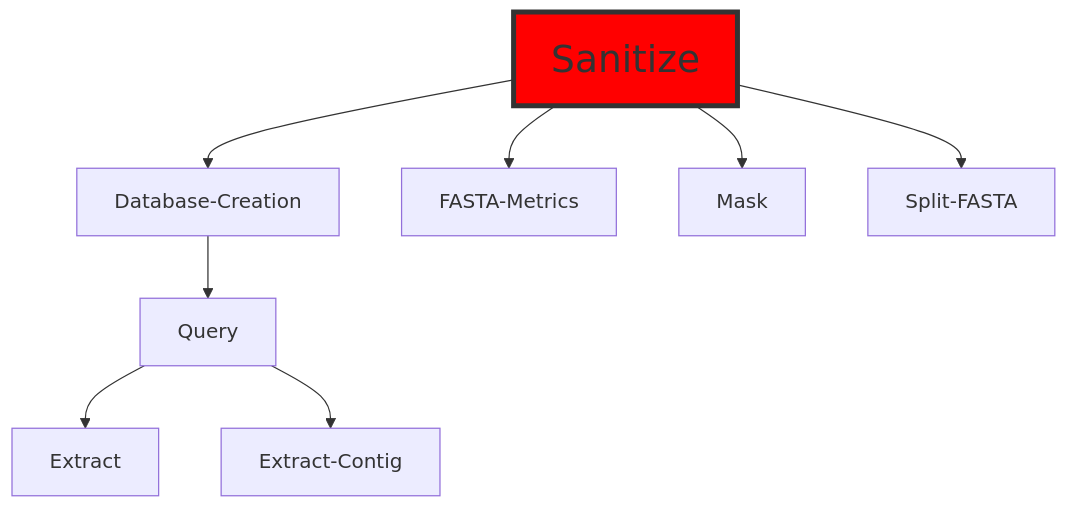
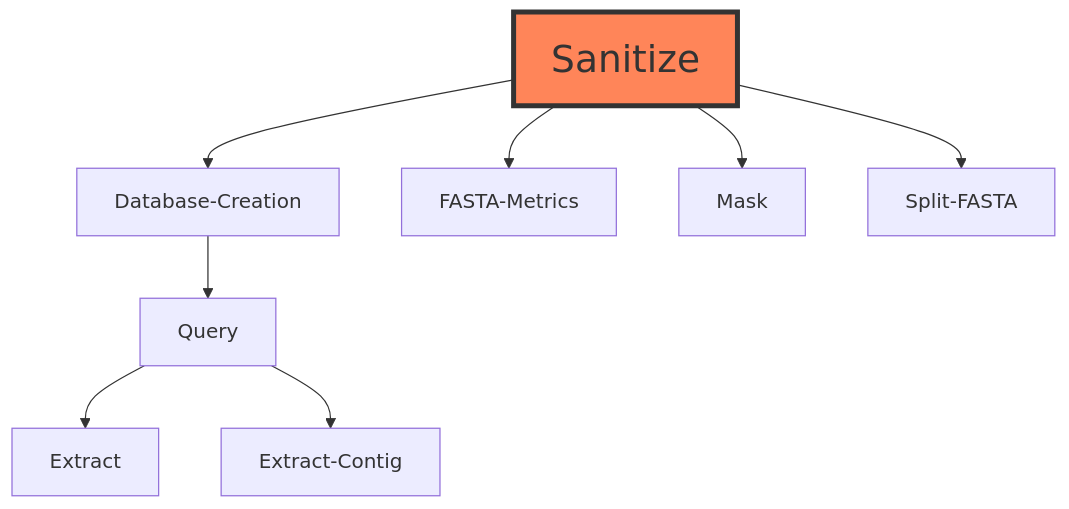
One commit to ERBringHorvath/SeqForge changed the diagram in README.md. Above: the diagram before and after it, drawn with Mermaid.

````diff
--- a/README.md
+++ b/README.md
@@ -79,13 +79,13 @@
 ```mermaid
 graph TD;
     Sanitize-->Database-Creation;
     Database-Creation-->Query;
     Query-->Extract;
     Query-->Extract-Contig;
     Sanitize-->FASTA-Metrics;
     Sanitize-->Mask;
     Sanitize-->Split-FASTA;
 
     %% Custom style for Sanitize node
-    style Sanitize fill:#ff0000,stroke:#333,stroke-width:4,font-size:30px
+    style Sanitize fill:#FF8559,stroke:#333,stroke-width:4,font-size:30px
 ```
````
